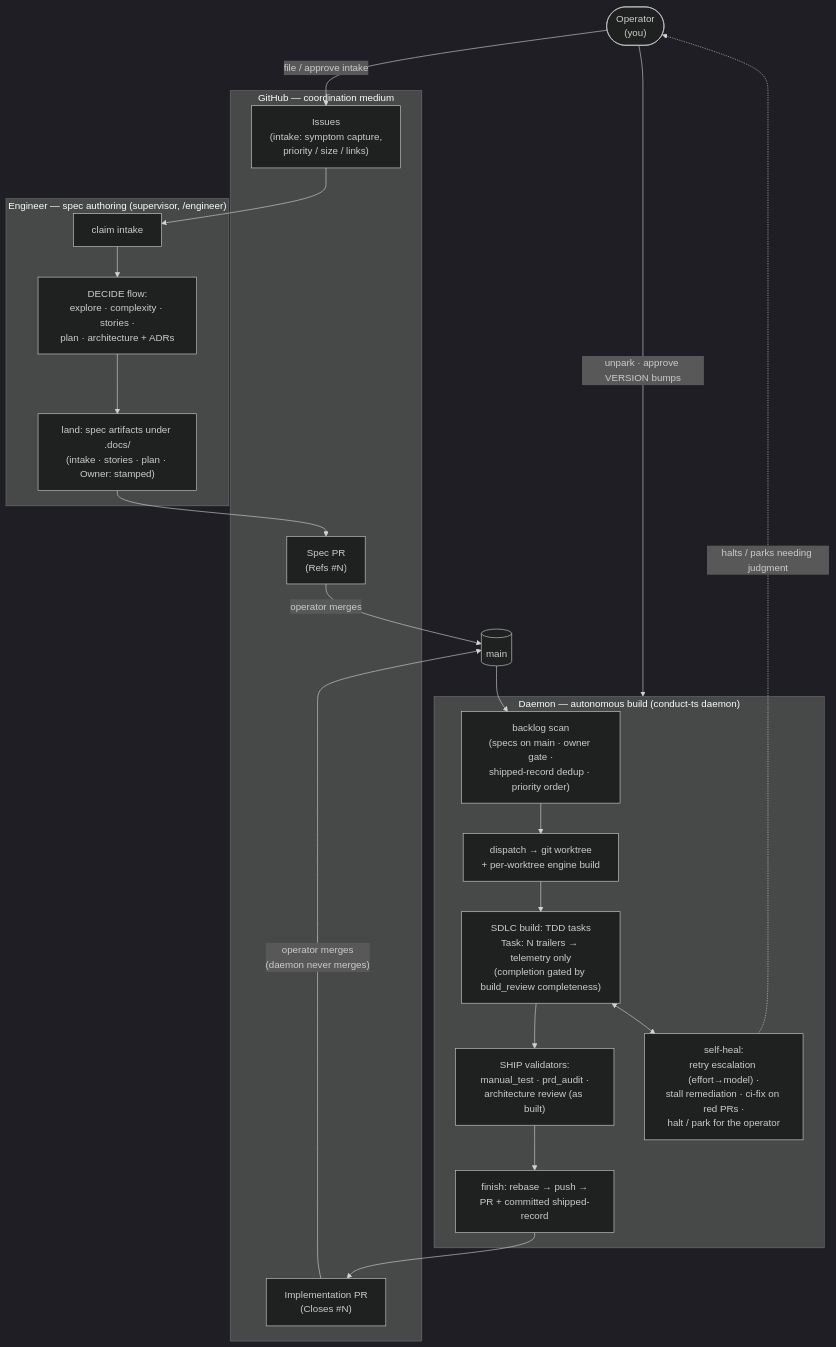
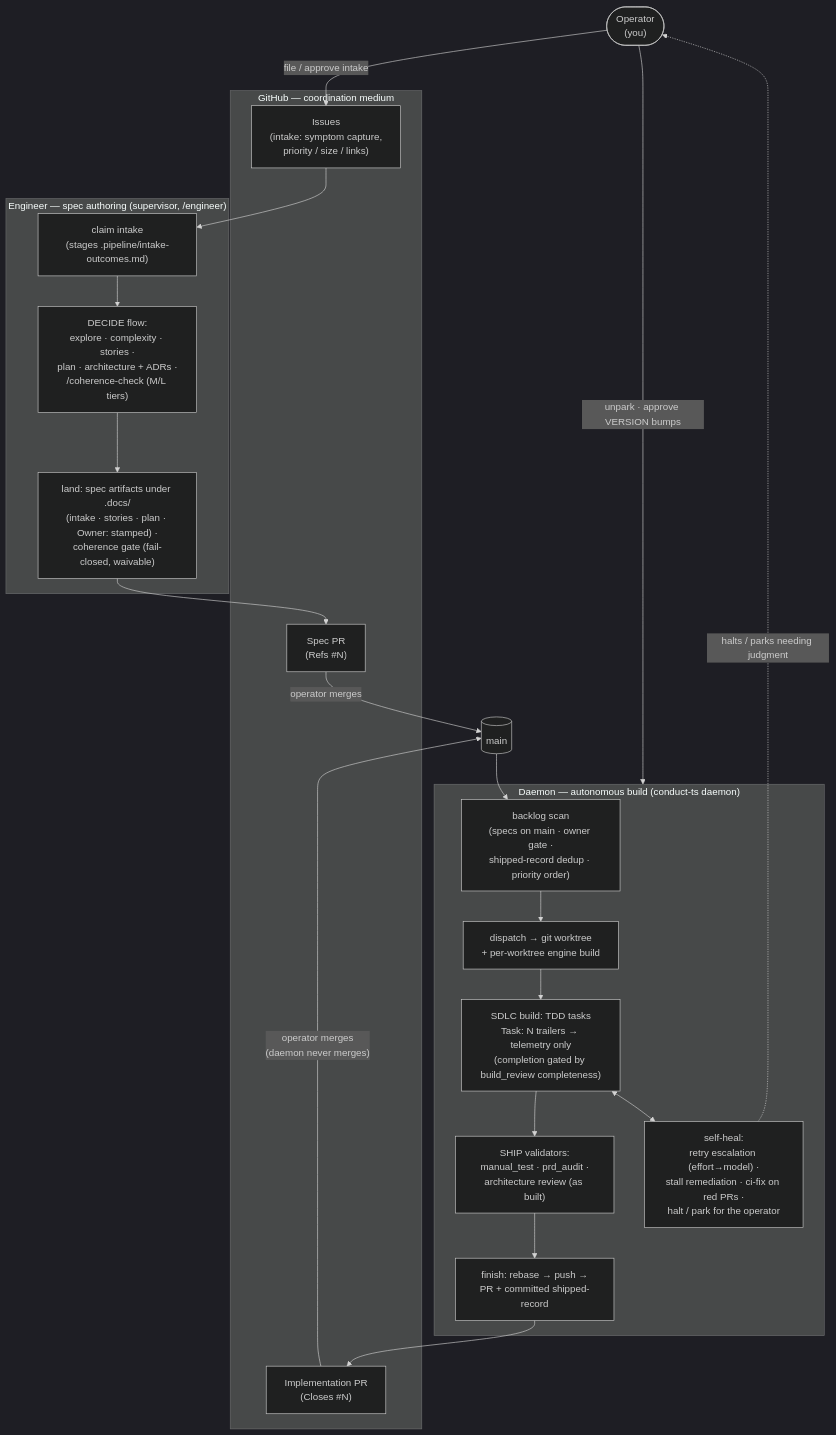
The diagram in README.md (jstoup111/ai-conductor), drawn with Mermaid (dark theme) before and after one commit. The commit also changed other lines of this file and 43 other files, not shown here.

First line of the commit message:
feat: decide-artifact-coherence-check (#868)

````diff
--- a/README.md
+++ b/README.md
@@ -38,36 +38,36 @@
 ```mermaid
 flowchart TB
   OP(["Operator<br/>(you)"])
 
   subgraph GH["GitHub — coordination medium"]
     ISSUES["Issues<br/>(intake: symptom capture,<br/>priority / size / links)"]
     SPECPR["Spec PR<br/>(Refs #N)"]
     BUILDPR["Implementation PR<br/>(Closes #N)"]
   end
 
   subgraph ENG["Engineer — spec authoring (supervisor, /engineer)"]
-    CLAIM["claim intake"] --> DECIDE["DECIDE flow:<br/>explore · complexity · stories ·<br/>plan · architecture + ADRs"]
-    DECIDE --> LAND["land: spec artifacts under .docs/<br/>(intake · stories · plan · Owner: stamped)"]
+    CLAIM["claim intake<br/>(stages .pipeline/intake-outcomes.md)"] --> DECIDE["DECIDE flow:<br/>explore · complexity · stories ·<br/>plan · architecture + ADRs ·<br/>/coherence-check (M/L tiers)"]
+    DECIDE --> LAND["land: spec artifacts under .docs/<br/>(intake · stories · plan · Owner: stamped) ·<br/>coherence gate (fail-closed, waivable)"]
   end
 
   subgraph DAEMON["Daemon — autonomous build (conduct-ts daemon)"]
     SCAN["backlog scan<br/>(specs on main · owner gate ·<br/>shipped-record dedup · priority order)"]
     WT["dispatch → git worktree<br/>+ per-worktree engine build"]
     BUILD["SDLC build: TDD tasks<br/>Task: N trailers → telemetry only<br/>(completion gated by build_review completeness)"]
     HEAL["self-heal:<br/>retry escalation (effort→model) ·<br/>stall remediation · ci-fix on red PRs ·<br/>halt / park for the operator"]
     VAL["SHIP validators:<br/>manual_test · prd_audit ·<br/>architecture review (as built)"]
     FIN["finish: rebase → push →<br/>PR + committed shipped-record"]
     SCAN --> WT --> BUILD --> VAL --> FIN
     BUILD <--> HEAL
   end
 
   OP -->|"file / approve intake"| ISSUES
   ISSUES --> CLAIM
   LAND --> SPECPR
   SPECPR -->|"operator merges"| MAIN[("main")]
   MAIN --> SCAN
   FIN --> BUILDPR
   BUILDPR -->|"operator merges<br/>(daemon never merges)"| MAIN
   HEAL -.->|"halts / parks needing judgment"| OP
   OP -->|"unpark · approve VERSION bumps"| DAEMON
 ```
````
